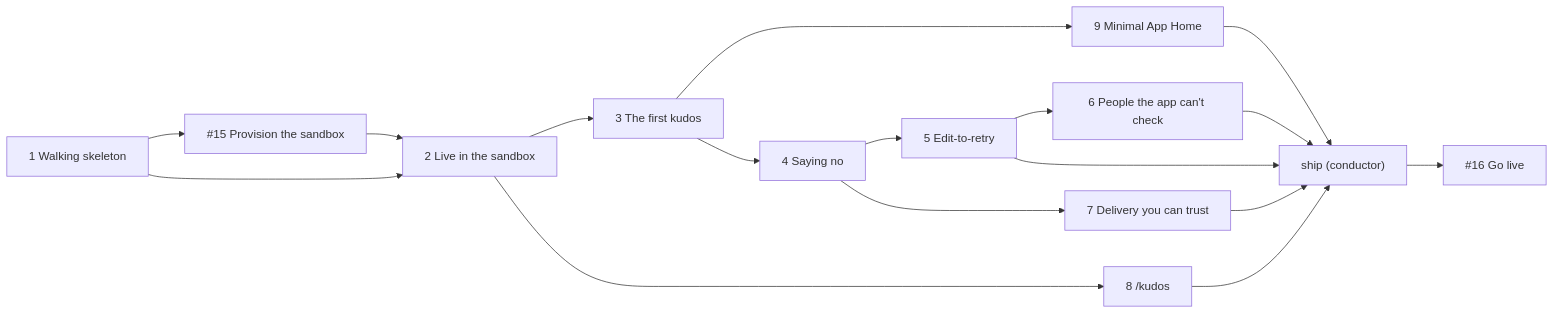
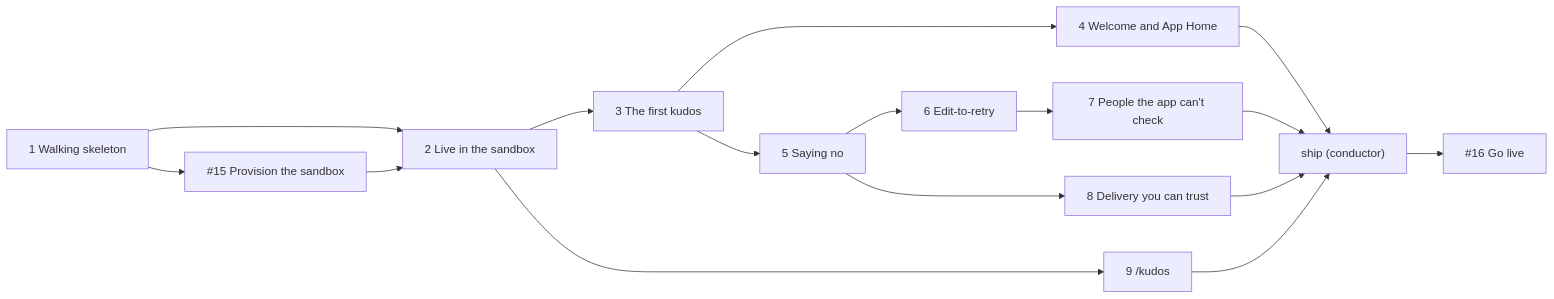
One commit to Silthus/kudos changed the diagram in spec/core-loop-tickets.md. Above: the diagram before and after it, drawn with Mermaid. The commit also changed other lines of this file and 1 other file, not shown here.

````diff
--- a/spec/core-loop-tickets.md
+++ b/spec/core-loop-tickets.md
@@ -7,19 +7,18 @@
 ```mermaid
 flowchart LR
   S1["1 Walking skeleton"] --> P15["#15 Provision the sandbox"]
   S1 --> S2["2 Live in the sandbox"]
   P15 --> S2
   S2 --> S3["3 The first kudos"]
-  S2 --> S8["8 /kudos"]
-  S3 --> S9["9 Minimal App Home"]
-  S3 --> S4["4 Saying no"]
-  S4 --> S5["5 Edit-to-retry"]
-  S5 --> S6["6 People the app can't check"]
-  S4 --> S7["7 Delivery you can trust"]
-  S5 --> SHIP["ship (conductor)"]
-  S6 --> SHIP
+  S2 --> S9["9 /kudos"]
+  S3 --> S4["4 Welcome and App Home"]
+  S3 --> S5["5 Saying no"]
+  S5 --> S6["6 Edit-to-retry"]
+  S6 --> S7["7 People the app can't check"]
+  S5 --> S8["8 Delivery you can trust"]
+  S4 --> SHIP["ship (conductor)"]
   S7 --> SHIP
   S8 --> SHIP
   S9 --> SHIP
   SHIP --> P16["#16 Go live"]
 ```
````
